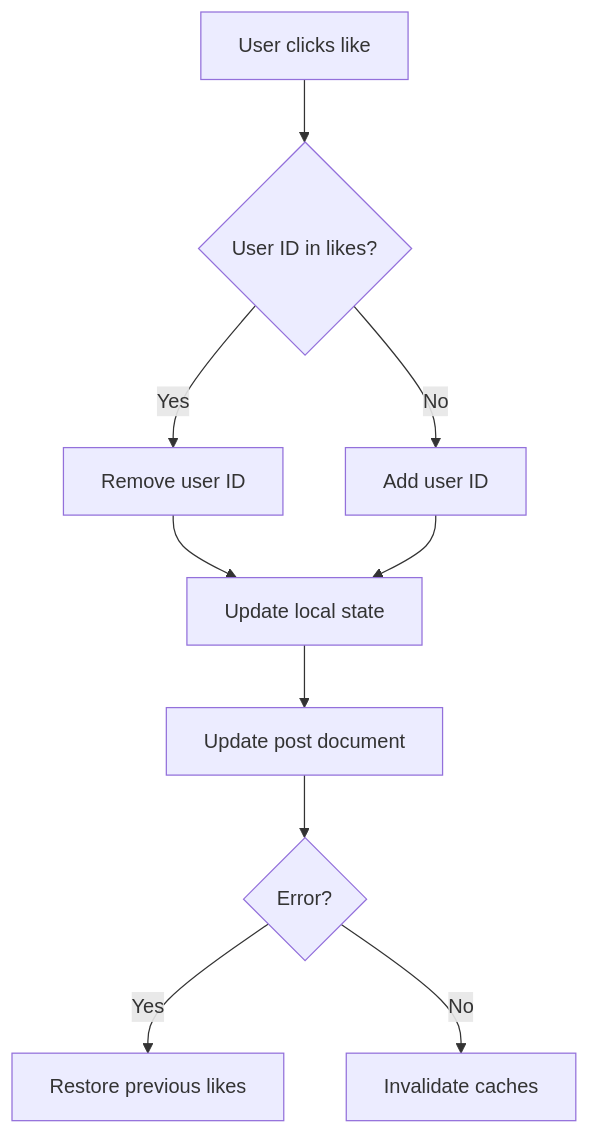
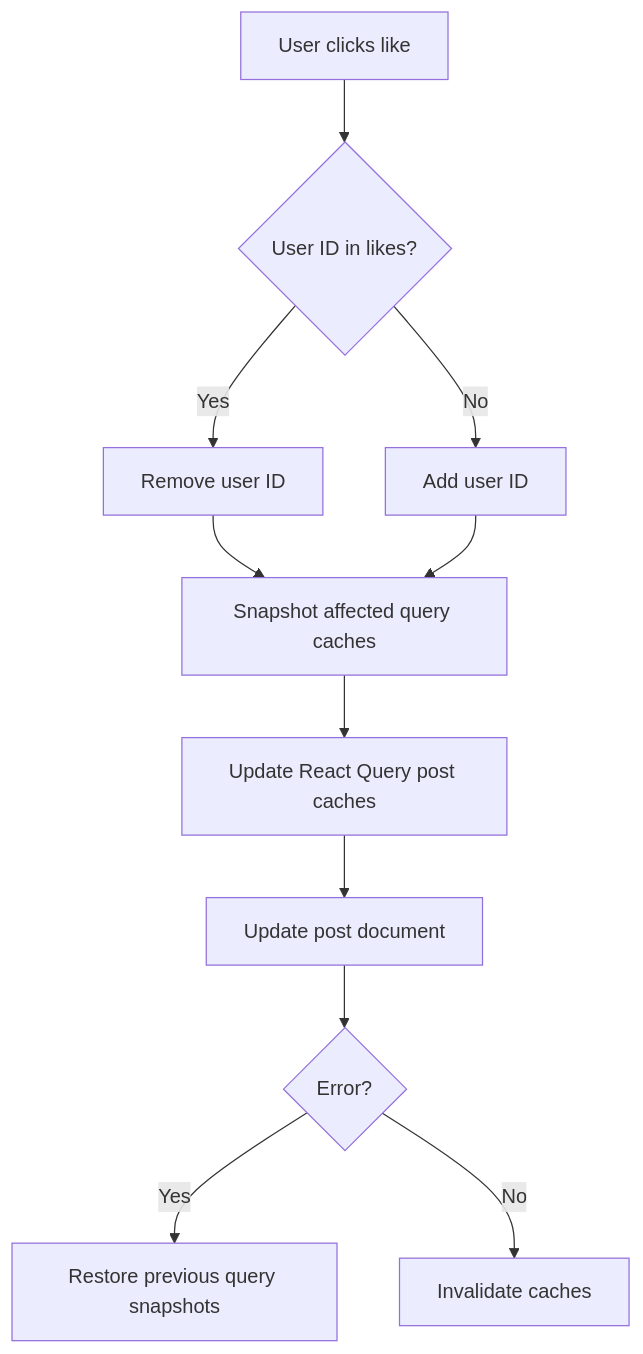
The second of 13 diagrams in docs/LLD.md (BINIT-Nayak/Snapgram), drawn with Mermaid before and after one commit. The commit also changed other lines of this file and 16 other files, not shown here.

````diff
--- a/docs/LLD.md
+++ b/docs/LLD.md
@@ -373,22 +374,24 @@
 ```mermaid
 flowchart TD
   Click[User clicks like]
   HasLiked{User ID in likes?}
   Remove[Remove user ID]
   Add[Add user ID]
-  Local[Update local state]
+  Snapshot[Snapshot affected query caches]
+  Cache[Update React Query post caches]
   Mutate[Update post document]
   Error{Error?}
-  Rollback[Restore previous likes]
+  Rollback[Restore previous query snapshots]
   Done[Invalidate caches]
 
   Click --> HasLiked
   HasLiked -->|Yes| Remove
   HasLiked -->|No| Add
-  Remove --> Local
-  Add --> Local
-  Local --> Mutate
+  Remove --> Snapshot
+  Add --> Snapshot
+  Snapshot --> Cache
+  Cache --> Mutate
   Mutate --> Error
   Error -->|Yes| Rollback
   Error -->|No| Done
 ```
````
